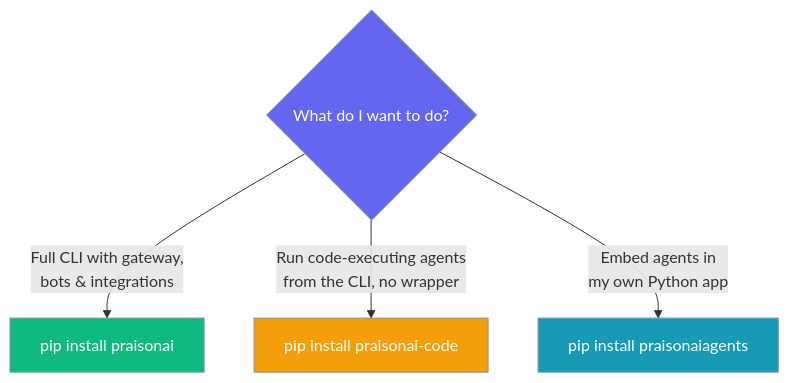
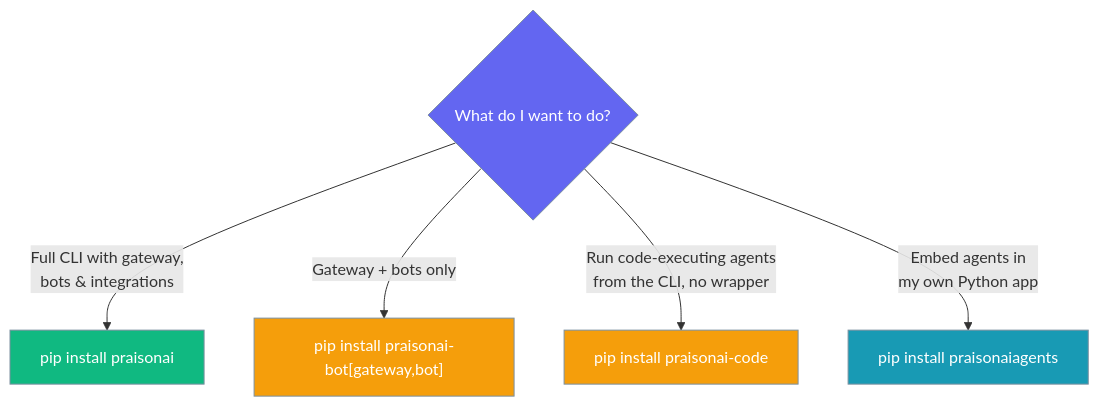
The first of 3 diagrams in docs/installation.mdx (MervinPraison/PraisonAIDocs), drawn with Mermaid before and after one commit. The commit also changed other lines of this file and 2 other files, not shown here.

First line of the commit message:
Document four-tier install and standalone praisonai-bot package.

````diff
--- a/docs/installation.mdx
+++ b/docs/installation.mdx
@@ -46,13 +52,14 @@
 ```mermaid
 graph TB
     Q1{What do I want to do?}:::agent
 
     Q1 -->|Full CLI with gateway,\nbots & integrations| P1[pip install praisonai]:::success
+    Q1 -->|Gateway + bots only| P4["pip install praisonai-bot[gateway,bot]"]:::process
     Q1 -->|Run code-executing agents\nfrom the CLI, no wrapper| P2[pip install praisonai-code]:::process
     Q1 -->|Embed agents in\nmy own Python app| P3[pip install praisonaiagents]:::tool
 
     classDef agent fill:#6366F1,stroke:#7C90A0,color:#fff
     classDef success fill:#10B981,stroke:#7C90A0,color:#fff
     classDef process fill:#F59E0B,stroke:#7C90A0,color:#fff
     classDef tool fill:#189AB4,stroke:#7C90A0,color:#fff
 ```
````
